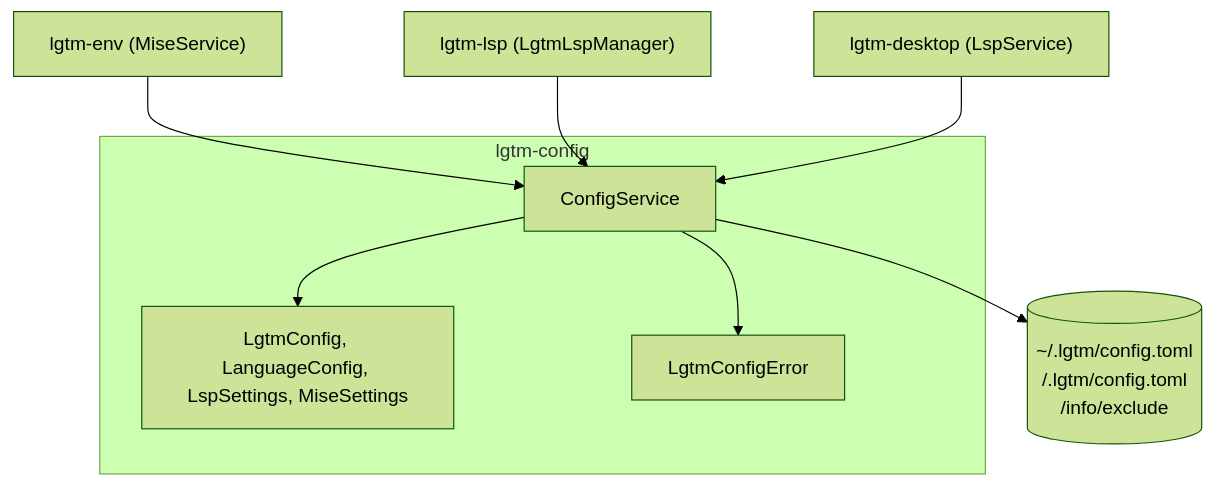
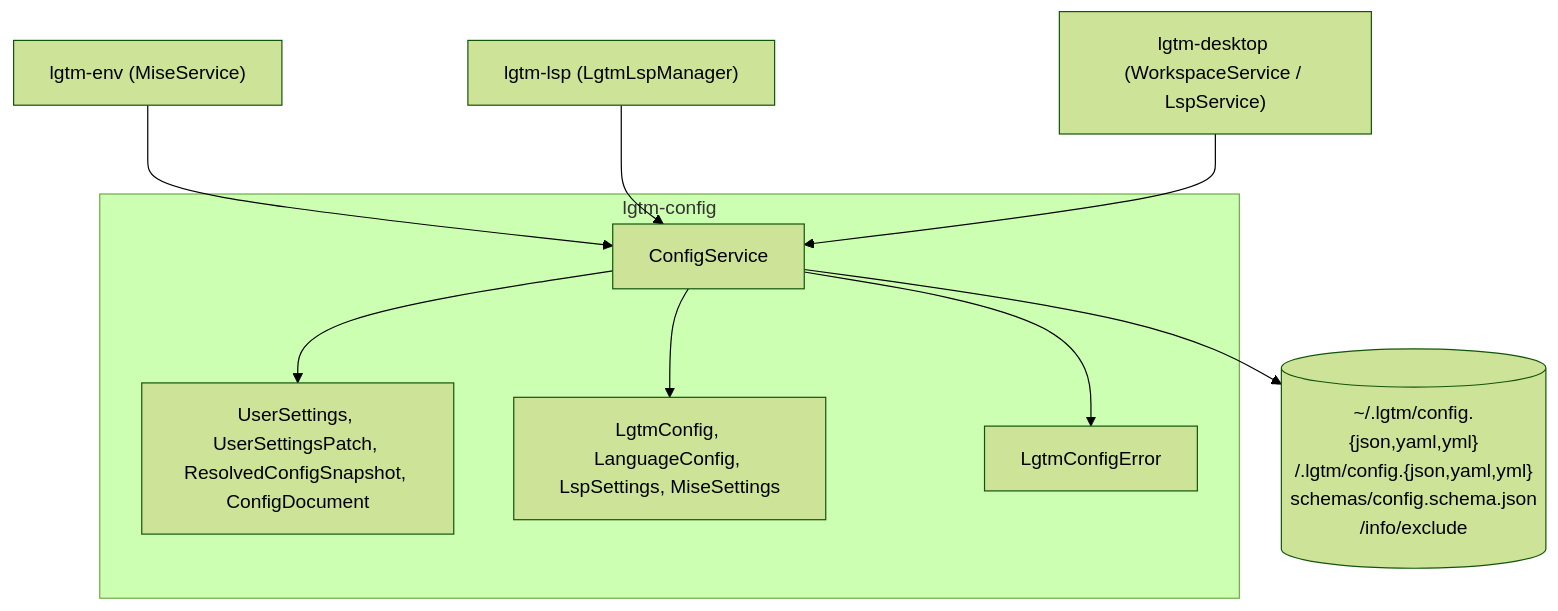
Before and after one commit to difflab-io/lgtm: the first of 2 diagrams in docs/architecture/config/index.md, drawn with Mermaid (forest theme). The commit also changed other lines of this file and 7 other files, not shown here.

````diff
--- a/docs/architecture/config/index.md
+++ b/docs/architecture/config/index.md
@@ -45,17 +60,19 @@
 ```mermaid
 flowchart TB
     ENV["lgtm-env (MiseService)"]
     LSP["lgtm-lsp (LgtmLspManager)"]
-    DESKTOP["lgtm-desktop (LspService)"]
+    DESKTOP["lgtm-desktop (WorkspaceService / LspService)"]
     subgraph CfgLib["lgtm-config"]
         CFG_SVC["ConfigService"]
+        SETTINGS_MOD["UserSettings, UserSettingsPatch, ResolvedConfigSnapshot, ConfigDocument"]
         CFG_MOD["LgtmConfig, LanguageConfig, LspSettings, MiseSettings"]
         ERR["LgtmConfigError"]
+        CFG_SVC --> SETTINGS_MOD
         CFG_SVC --> CFG_MOD
         CFG_SVC --> ERR
     end
     ENV --> CFG_SVC
     LSP --> CFG_SVC
     DESKTOP --> CFG_SVC
-    CFG_SVC --> FS[("~/.lgtm/config.toml\n<workspace>/.lgtm/config.toml\n<git-dir>/info/exclude")]
+    CFG_SVC --> FS[("~/.lgtm/config.{json,yaml,yml}\n<workspace>/.lgtm/config.{json,yaml,yml}\nschemas/config.schema.json\n<git-dir>/info/exclude")]
 ```
````
